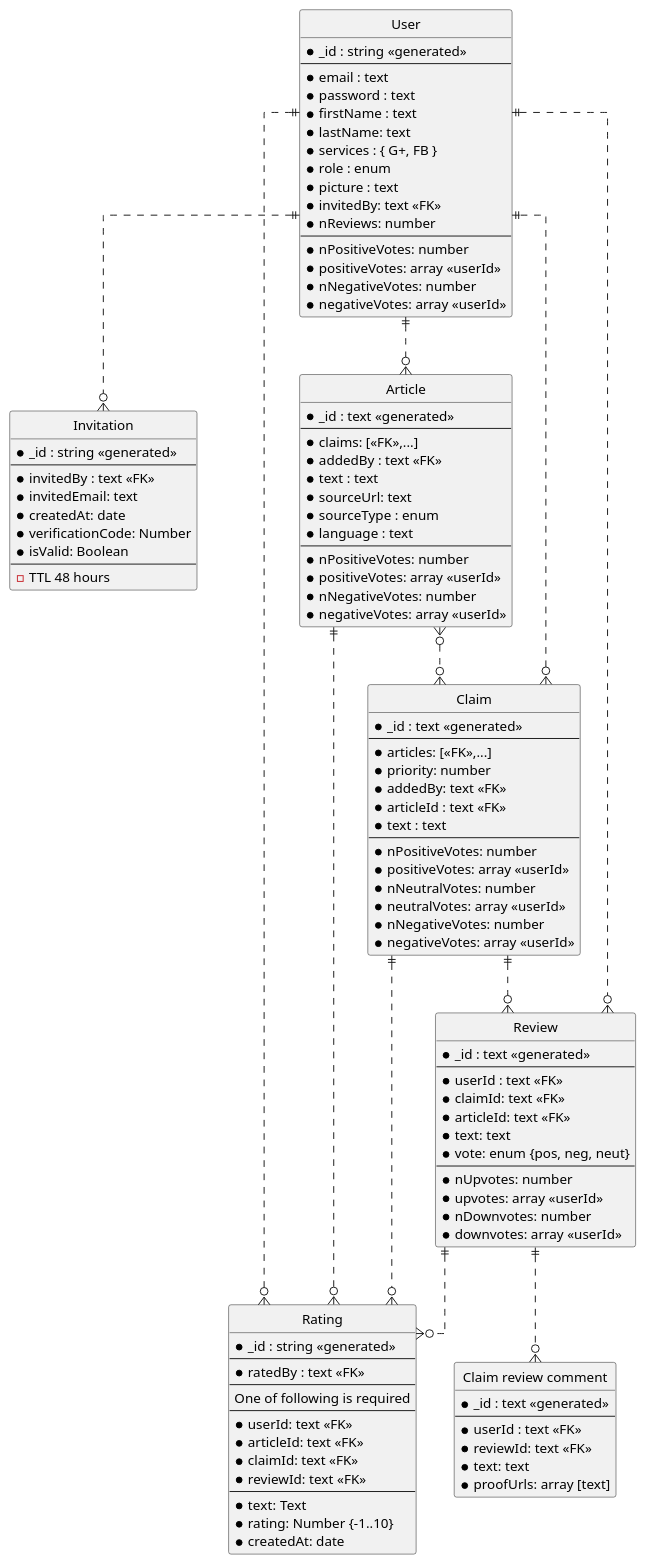
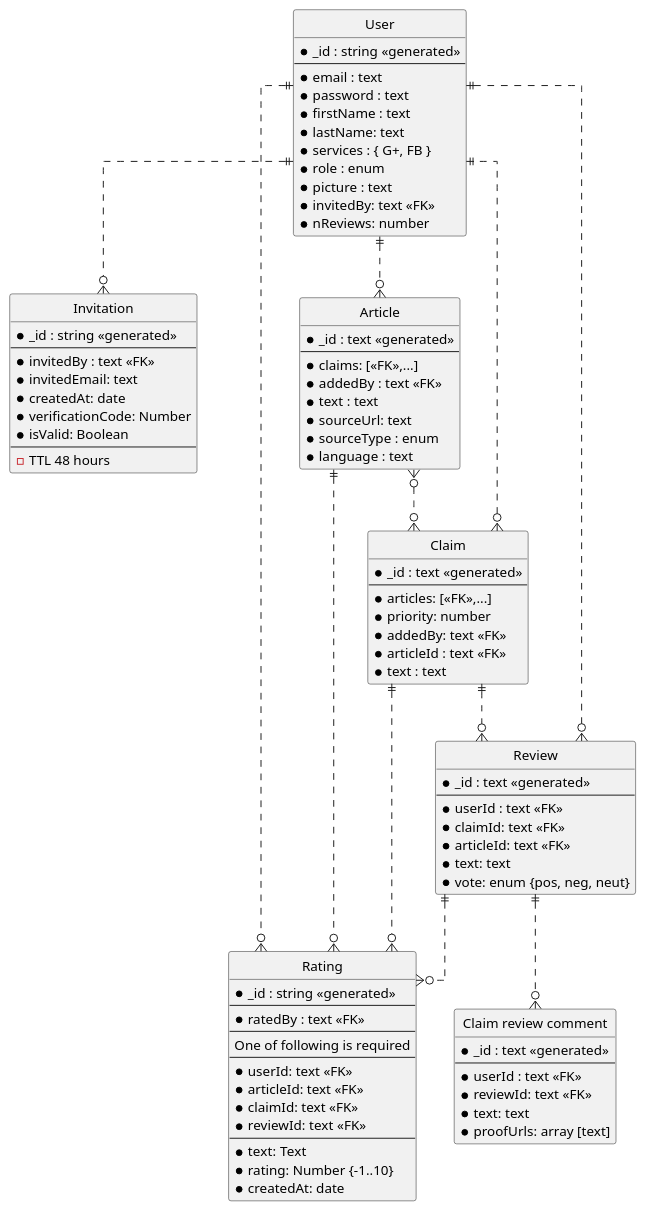
The diagram in sys_docs/entity_relations.puml (aic-factcheck/fact_checking_be), drawn with PlantUML before and after one commit. The commit also changed 11 other files, not shown here.

```diff
--- a/sys_docs/entity_relations.puml
+++ b/sys_docs/entity_relations.puml
@@ -1,124 +1,102 @@
 @startuml
 ' hide the spot
 hide circle
 
 ' avoid problems with angled crows feet
 skinparam linetype ortho
 
 entity "User" as user {
   *_id : string <<generated>>
   --
   *email : text
   *password : text
   *firstName : text
   *lastName: text
   *services : { G+, FB }
   *role : enum
   *picture : text
   *invitedBy: text <<FK>>
   *nReviews: number
-  --
-  *nPositiveVotes: number
-  *positiveVotes: array <<userId>>
-  *nNegativeVotes: number
-  *negativeVotes: array <<userId>>
 }
 
 entity "Invitation" as inv {
   *_id : string <<generated>>
   --
   *invitedBy : text <<FK>>
   *invitedEmail: text
   *createdAt: date
   *verificationCode: Number
   *isValid: Boolean
   --
   - TTL 48 hours
 }
 
 entity "Rating" as rating {
   *_id : string <<generated>>
   --
   *ratedBy : text <<FK>>
   --
   One of following is required
   --
   *userId: text <<FK>>
   *articleId: text <<FK>>
   *claimId: text <<FK>>
   *reviewId: text <<FK>>
   --
   *text: Text
   *rating: Number {-1..10}
   *createdAt: date
 }
 
 entity "Article" as article {
   *_id : text <<generated>>
   --
   *claims: [<<FK>>,...]
   *addedBy : text <<FK>>
   *text : text
   *sourceUrl: text
   *sourceType : enum
   *language : text
-  --
-  *nPositiveVotes: number
-  *positiveVotes: array <<userId>>
-  *nNegativeVotes: number
-  *negativeVotes: array <<userId>>
 }
 
 entity "Claim" as claim {
   *_id : text <<generated>>
   --
   *articles: [<<FK>>,...]
   *priority: number
   *addedBy: text <<FK>>
   *articleId : text <<FK>>
   *text : text
-  --
-  *nPositiveVotes: number
-  *positiveVotes: array <<userId>>
-  *nNeutralVotes: number
-  *neutralVotes: array <<userId>>
-  *nNegativeVotes: number
-  *negativeVotes: array <<userId>>
 }
 
 entity "Review" as review {
   *_id : text <<generated>>
   --
   *userId : text <<FK>>
   *claimId: text <<FK>>
   *articleId: text <<FK>>
   *text: text
   *vote: enum {pos, neg, neut}
-  --
-  *nUpvotes: number
-  *upvotes: array <<userId>>
-  *nDownvotes: number
-  *downvotes: array <<userId>>
 }
 
 entity "Claim review comment" as claimReviewComment {
   *_id : text <<generated>>
   --
   *userId : text <<FK>>
   *reviewId: text <<FK>>
   *text: text
   *proofUrls: array [text] 
 }
 
 user ||..o{ article
 user ||..o{ inv
 article }o..o{ claim
 article ||..o{ rating
 user ||..o{ review
 user ||..o{ rating
 claim ||..o{ review
 claim }o..|| user
 claim ||..o{ rating
 review ||..o{ claimReviewComment
 review ||..o{ rating
 @enduml
```
